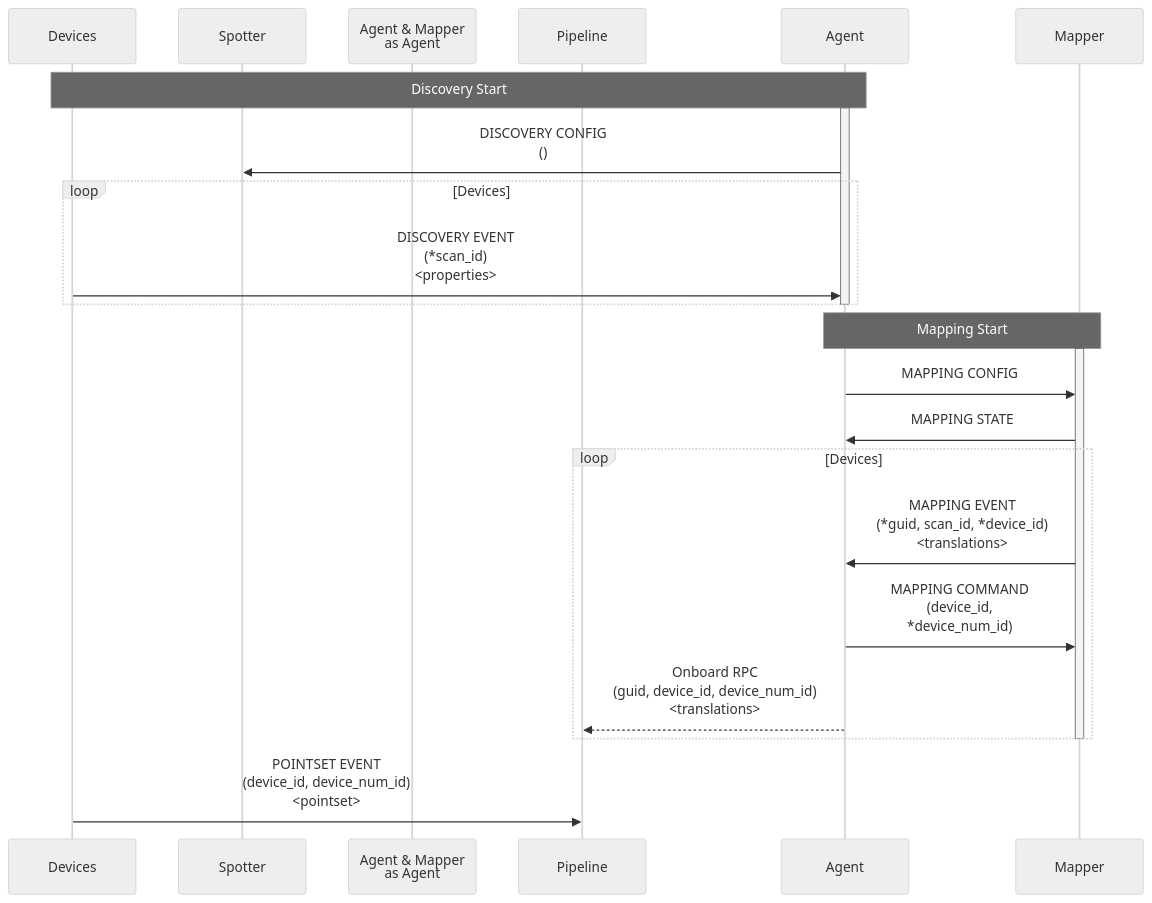
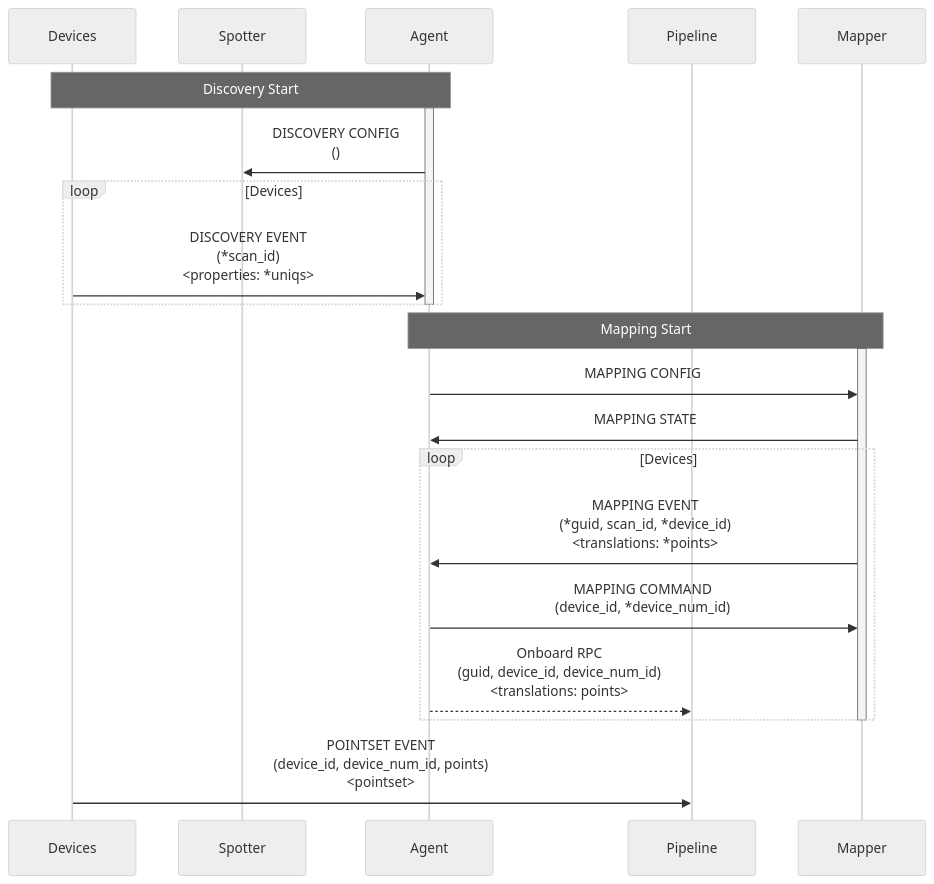
One commit to faucetsdn/udmi changed the diagram in docs/specs/discovery.md. Above: the diagram before and after it, drawn with Mermaid (neutral theme). The commit also changed other lines of this file and 1 other file, not shown here.

````diff
--- a/docs/specs/discovery.md
+++ b/docs/specs/discovery.md
@@ -30,26 +32,26 @@
 ```mermaid
 sequenceDiagram
   %%{wrap}%%
   participant Devices
   participant Spotter
-  participant Agent & Mapper as Agent
+  participant Agent
   participant Pipeline
   Note over Devices, Agent: Discovery Start
   activate Agent
   Agent->>Spotter: DISCOVERY CONFIG<br/>()
   loop Devices
-    Devices->>Agent: DISCOVERY EVENT<br/>(*scan_id)<br/><properties>
+    Devices->>Agent: DISCOVERY EVENT<br/>(*scan_id)<br/><properties: *uniqs>
   end
   deactivate Agent
   Note over Agent, Mapper: Mapping Start
   activate Mapper
   Agent->>Mapper: MAPPING CONFIG
   Mapper->>Agent: MAPPING STATE
   loop Devices
-    Mapper->>Agent: MAPPING EVENT<br/>(*guid, scan_id, *device_id)<br/><translations>
+    Mapper->>Agent: MAPPING EVENT<br/>(*guid, scan_id, *device_id)<br/><translations: *points>
     Agent->>Mapper: MAPPING COMMAND<br/>(device_id, *device_num_id)
-    Agent-->>Pipeline: Onboard RPC<br/>(guid, device_id, device_num_id)<br/><translations>
+    Agent-->>Pipeline: Onboard RPC<br/>(guid, device_id, device_num_id)<br/><translations: points>
   end
   deactivate Mapper
-  Devices->>Pipeline: POINTSET EVENT<br/>(device_id, device_num_id)<br/><pointset>
+  Devices->>Pipeline: POINTSET EVENT<br/>(device_id, device_num_id, points)<br/><pointset>
 ```
````
